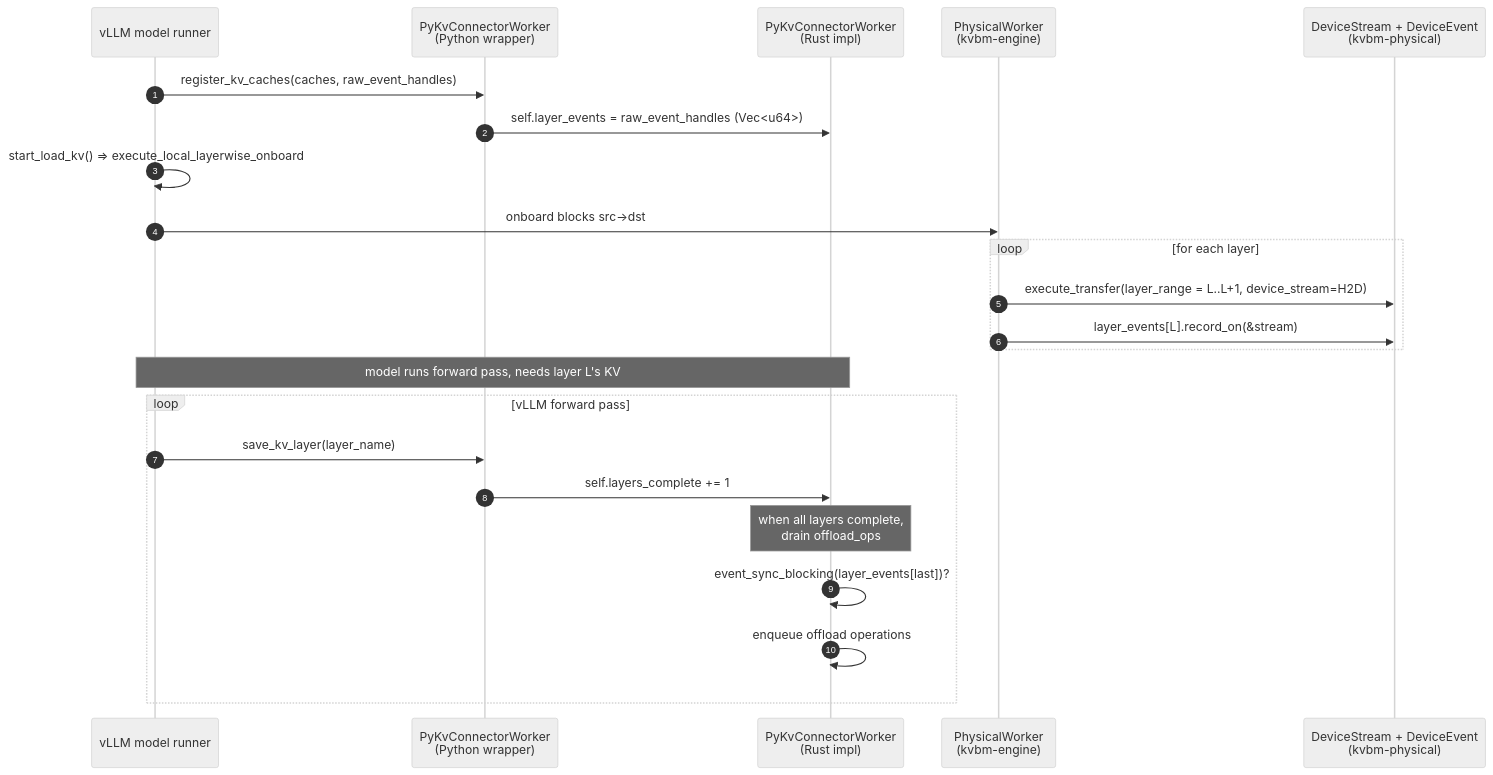
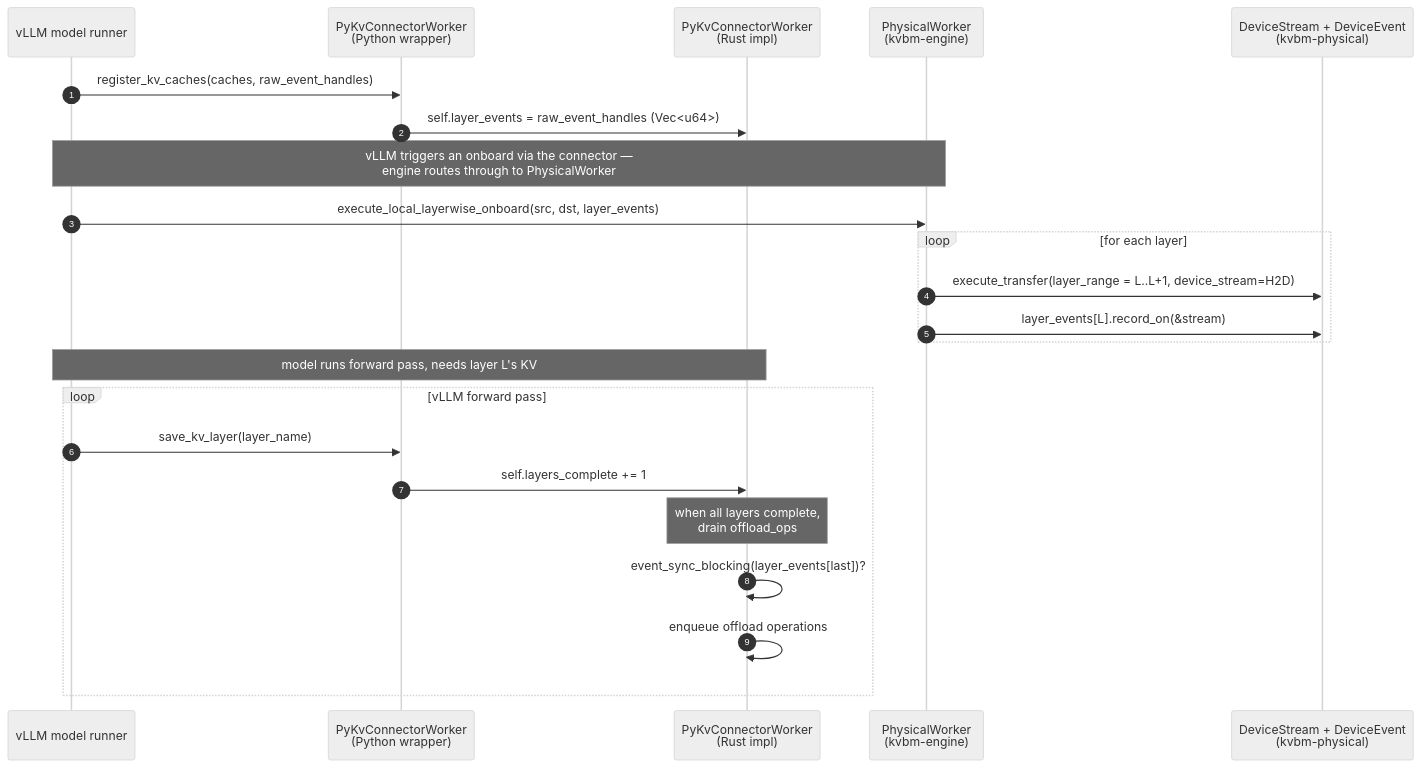
Before and after one commit to ai-dynamo/dynamo: the diagram in lib/bindings/kvbm/docs/event_sync.md, drawn with Mermaid (neutral theme). The commit also changed other lines of this file and 26 other files, not shown here.

````diff
--- a/lib/bindings/kvbm/docs/event_sync.md
+++ b/lib/bindings/kvbm/docs/event_sync.md
@@ -60,29 +64,29 @@
 ```mermaid
 sequenceDiagram
     autonumber
     participant vLLM as vLLM model runner
     participant Py   as PyKvConnectorWorker<br/>(Python wrapper)
     participant Rust as PyKvConnectorWorker<br/>(Rust impl)
     participant PW   as PhysicalWorker<br/>(kvbm-engine)
     participant Dev  as DeviceStream + DeviceEvent<br/>(kvbm-physical)
 
     vLLM->>Py: register_kv_caches(caches, raw_event_handles)
     Py->>Rust: self.layer_events = raw_event_handles (Vec<u64>)
 
-    vLLM->>vLLM: start_load_kv() ⇒ execute_local_layerwise_onboard
-    vLLM->>PW: onboard blocks src→dst
+    Note over vLLM,PW: vLLM triggers an onboard via the connector —<br/>engine routes through to PhysicalWorker
+    vLLM->>PW: execute_local_layerwise_onboard(src, dst, layer_events)
     loop for each layer
         PW->>Dev: execute_transfer(layer_range = L..L+1, device_stream=H2D)
         PW->>Dev: layer_events[L].record_on(&stream)
     end
 
     Note over vLLM,Rust: model runs forward pass, needs layer L's KV
 
     loop vLLM forward pass
         vLLM->>Py: save_kv_layer(layer_name)
         Py->>Rust: self.layers_complete += 1
         Note over Rust: when all layers complete,<br/>drain offload_ops
         Rust->>Rust: event_sync_blocking(layer_events[last])?
         Rust->>Rust: enqueue offload operations
     end
 ```
````
